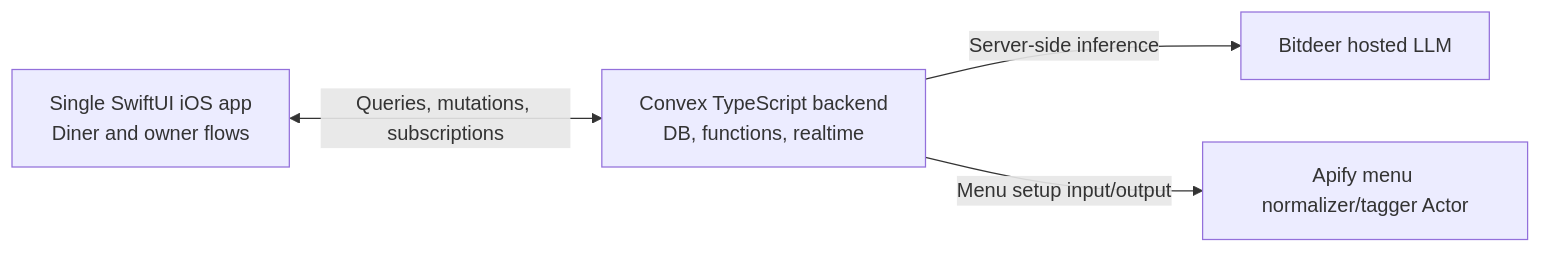
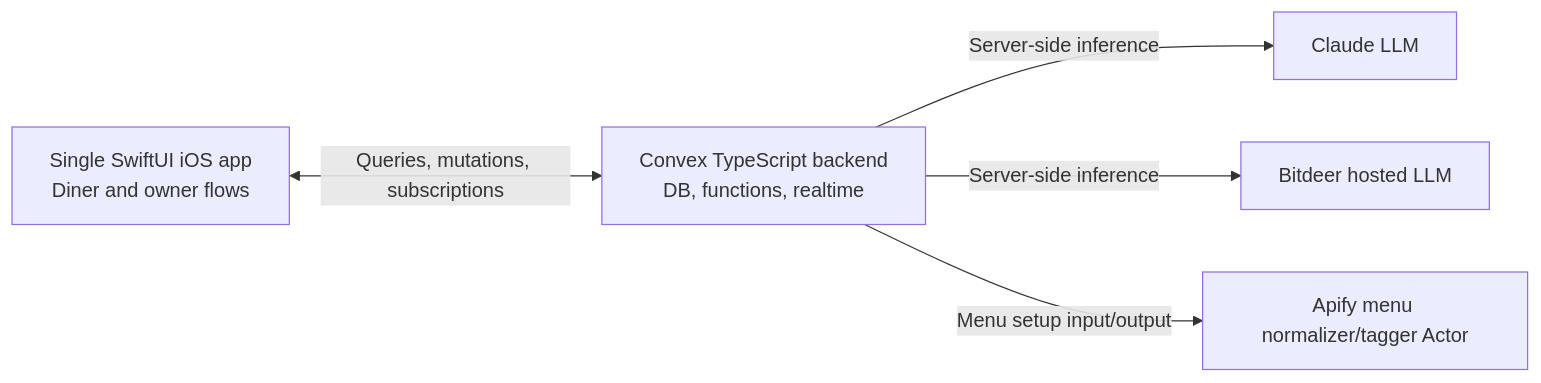
Before and after one commit to naoxcv/tappytabs: the first of 2 diagrams in SOFTWARE_DESIGN.md, drawn with Mermaid. The commit also changed other lines of this file and 2 other files, not shown here.

````diff
--- a/SOFTWARE_DESIGN.md
+++ b/SOFTWARE_DESIGN.md
@@ -13,10 +13,12 @@
 ```mermaid
 flowchart LR
   iOS[Single SwiftUI iOS app\nDiner and owner flows]
   convex[Convex TypeScript backend\nDB, functions, realtime]
-  model[Bitdeer hosted LLM]
+  claude[Claude LLM]
+  bitdeer[Bitdeer hosted LLM]
   actor[Apify menu normalizer/tagger Actor]
   iOS <-->|Queries, mutations, subscriptions| convex
-  convex -->|Server-side inference| model
+  convex -->|Server-side inference| claude
+  convex -->|Server-side inference| bitdeer
   convex -->|Menu setup input/output| actor
 ```
````
